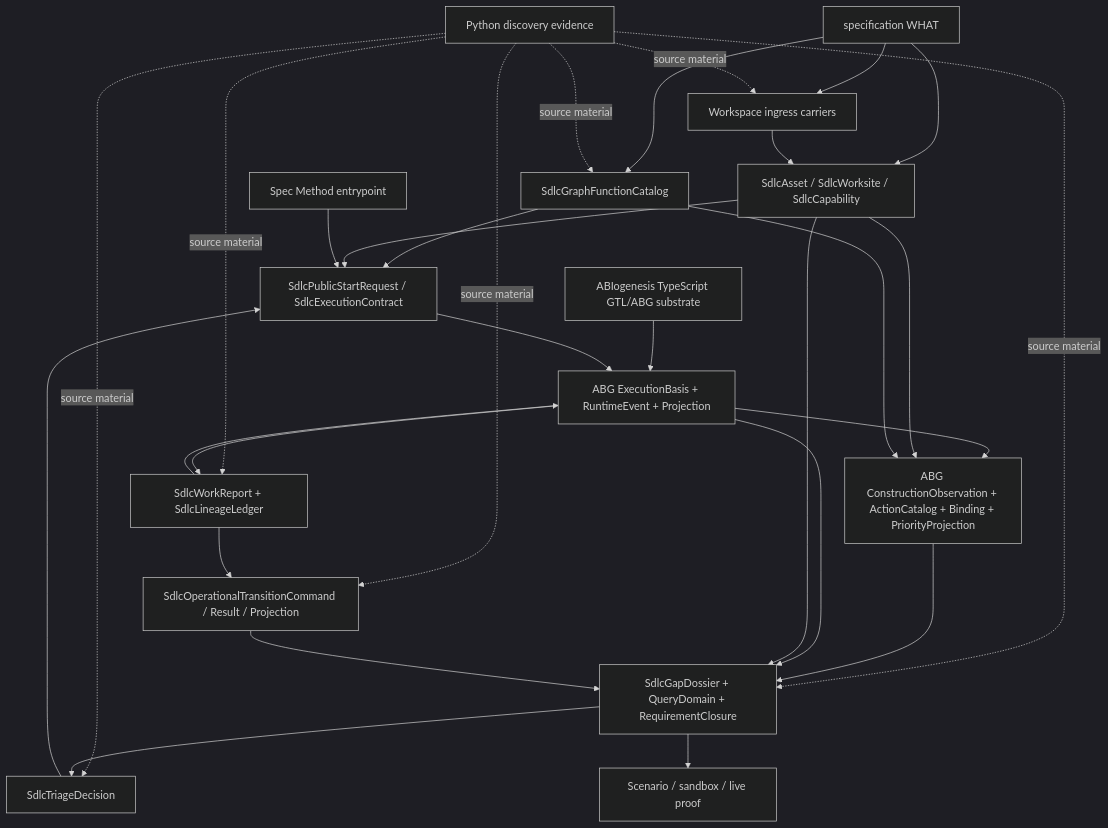
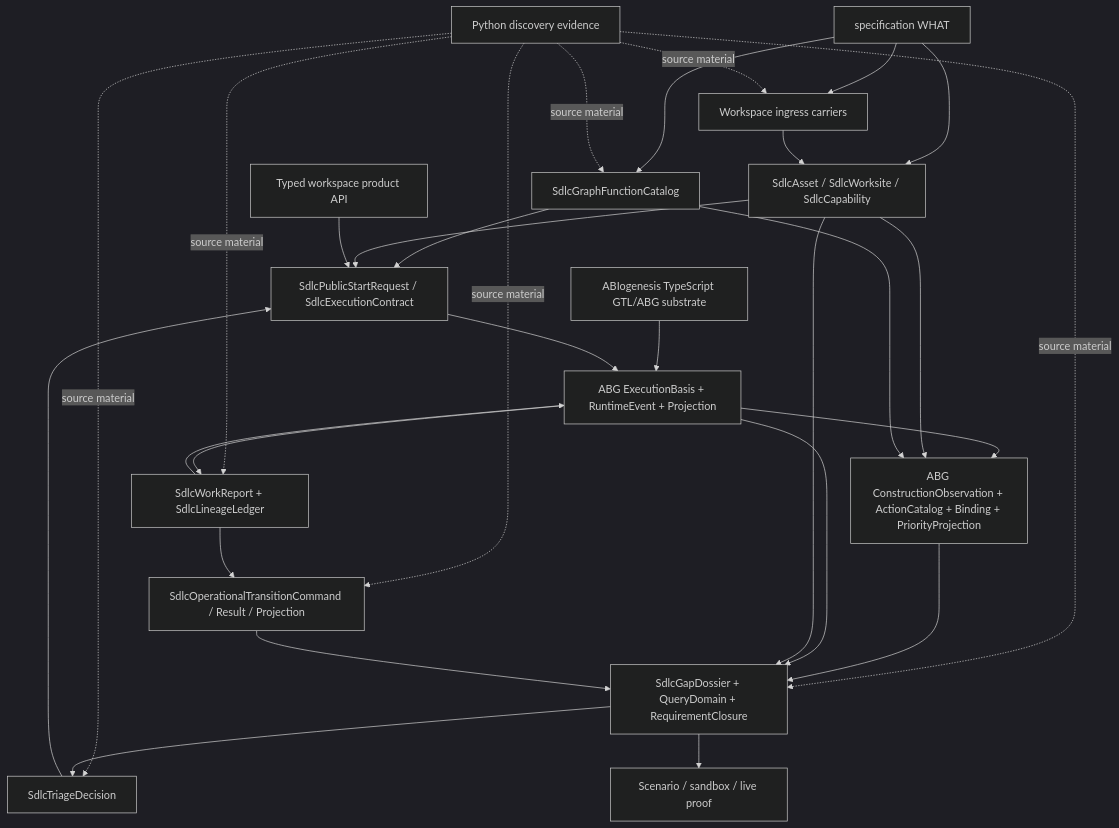
Before and after one commit to foolishimp/odd_sdlc: the diagram in build_tenants/typescript/design/ODD_SDLC_TYPESCRIPT_TENANT_STRUCTURAL_CARRIER_DIAGRAM.md, drawn with Mermaid (dark theme). The commit also changed 53 other files, not shown here.

````diff
--- a/build_tenants/typescript/design/ODD_SDLC_TYPESCRIPT_TENANT_STRUCTURAL_CARRIER_DIAGRAM.md
+++ b/build_tenants/typescript/design/ODD_SDLC_TYPESCRIPT_TENANT_STRUCTURAL_CARRIER_DIAGRAM.md
@@ -14,49 +14,49 @@
 ```mermaid
 flowchart TD
   Spec[specification WHAT]
   Py[Python discovery evidence]
   Abiogenesis[ABIogenesis TypeScript GTL/ABG substrate]
 
   Graph[SdlcGraphFunctionCatalog]
   Domain[SdlcAsset / SdlcWorksite / SdlcCapability]
   Workspace[Workspace ingress carriers]
   Start[SdlcPublicStartRequest / SdlcExecutionContract]
   ABG[ABG ExecutionBasis + RuntimeEvent + Projection]
   Evaluator[ABG ConstructionObservation + ActionCatalog + Binding + PriorityProjection]
   Hooks[SdlcWorkReport + SdlcLineageLedger]
   Projection[SdlcGapDossier + QueryDomain + RequirementClosure]
   Triage[SdlcTriageDecision]
   Operational[SdlcOperationalTransitionCommand / Result / Projection]
-  SpecMethod[Spec Method entrypoint]
+  WorkspaceApi[Typed workspace product API]
   Qualification[Scenario / sandbox / live proof]
 
   Spec --> Graph
   Spec --> Domain
   Spec --> Workspace
   Py -.source material.-> Graph
   Py -.source material.-> Workspace
   Py -.source material.-> Hooks
   Py -.source material.-> Projection
   Py -.source material.-> Triage
   Py -.source material.-> Operational
   Abiogenesis --> ABG
 
   Graph --> Start
   Domain --> Start
   Workspace --> Domain
-  SpecMethod --> Start
+  WorkspaceApi --> Start
   Start --> ABG
   ABG --> Hooks
   Hooks --> ABG
   ABG --> Evaluator
   Domain --> Evaluator
   Graph --> Evaluator
   Evaluator --> Projection
   ABG --> Projection
   Domain --> Projection
   Projection --> Triage
   Triage --> Start
   Operational --> Projection
   Hooks --> Operational
   Projection --> Qualification
 ```
````
